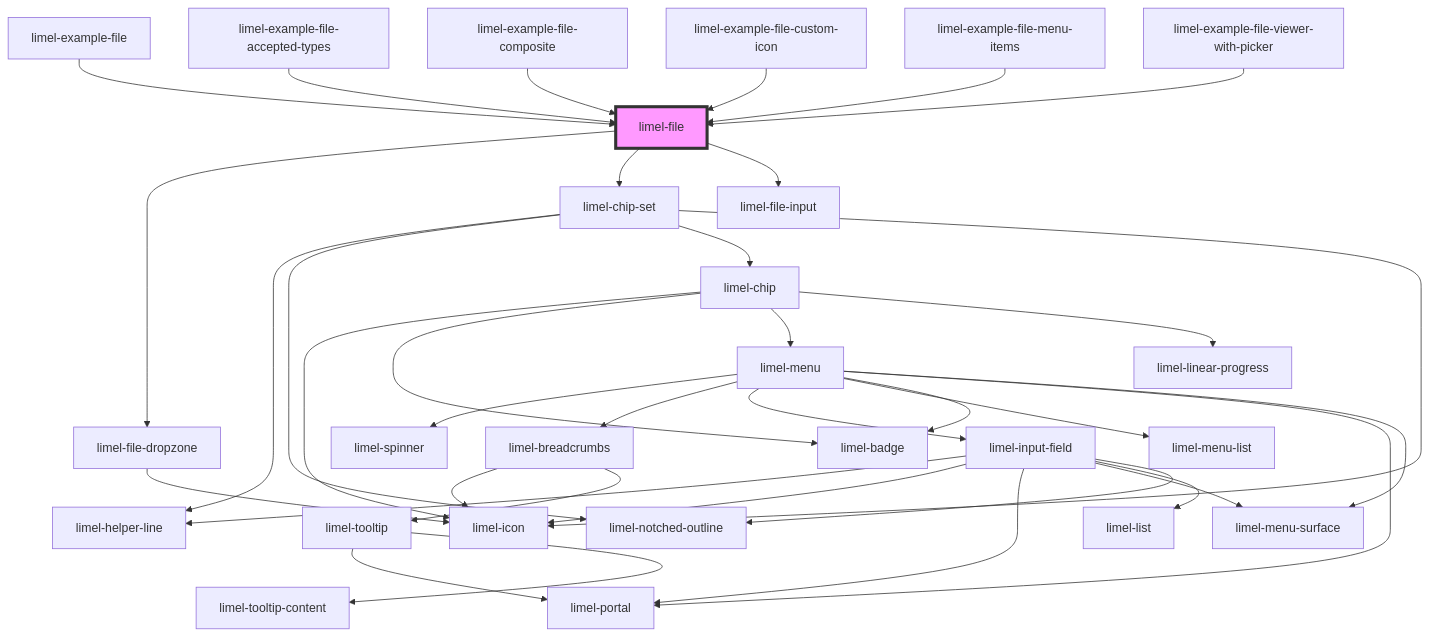
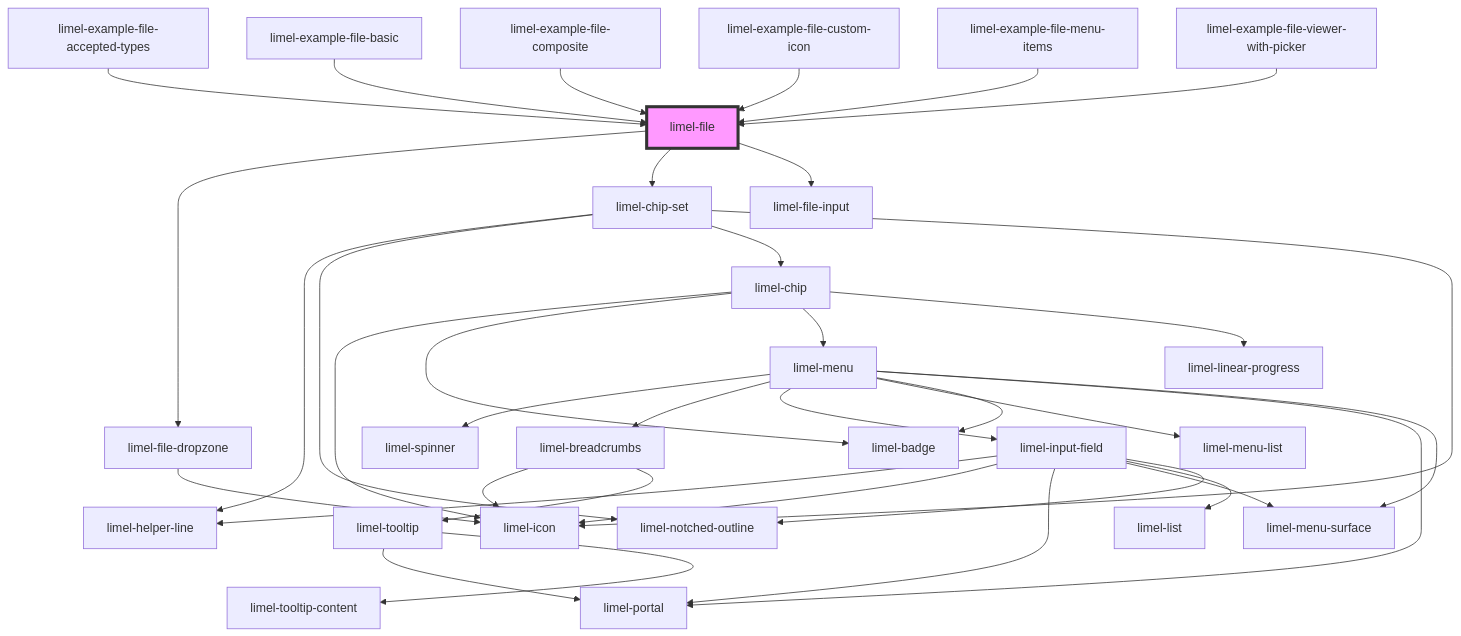
The diagram in versions/PR-3981/markdown-docs/components/file/readme.md (Lundalogik/lime-elements), drawn with Mermaid before and after one commit. The commit also changed other lines of this file and 211 other files, not shown here.

````diff
--- a/versions/PR-3981/markdown-docs/components/file/readme.md
+++ b/versions/PR-3981/markdown-docs/components/file/readme.md
@@ -75,39 +75,39 @@
 ```mermaid
 graph TD;
   limel-file --> limel-file-dropzone
   limel-file --> limel-chip-set
   limel-file --> limel-file-input
   limel-file-dropzone --> limel-icon
   limel-chip-set --> limel-helper-line
   limel-chip-set --> limel-notched-outline
   limel-chip-set --> limel-chip
   limel-chip-set --> limel-icon
   limel-chip --> limel-icon
   limel-chip --> limel-badge
   limel-chip --> limel-menu
   limel-chip --> limel-linear-progress
   limel-menu --> limel-spinner
   limel-menu --> limel-breadcrumbs
   limel-menu --> limel-input-field
   limel-menu --> limel-menu-list
   limel-menu --> limel-badge
   limel-menu --> limel-portal
   limel-menu --> limel-menu-surface
   limel-breadcrumbs --> limel-icon
   limel-breadcrumbs --> limel-tooltip
   limel-tooltip --> limel-portal
   limel-tooltip --> limel-tooltip-content
   limel-input-field --> limel-helper-line
   limel-input-field --> limel-icon
   limel-input-field --> limel-portal
   limel-input-field --> limel-menu-surface
   limel-input-field --> limel-list
   limel-input-field --> limel-notched-outline
-  limel-example-file --> limel-file
   limel-example-file-accepted-types --> limel-file
+  limel-example-file-basic --> limel-file
   limel-example-file-composite --> limel-file
   limel-example-file-custom-icon --> limel-file
   limel-example-file-menu-items --> limel-file
   limel-example-file-viewer-with-picker --> limel-file
   style limel-file fill:#f9f,stroke:#333,stroke-width:4px
 ```
````
